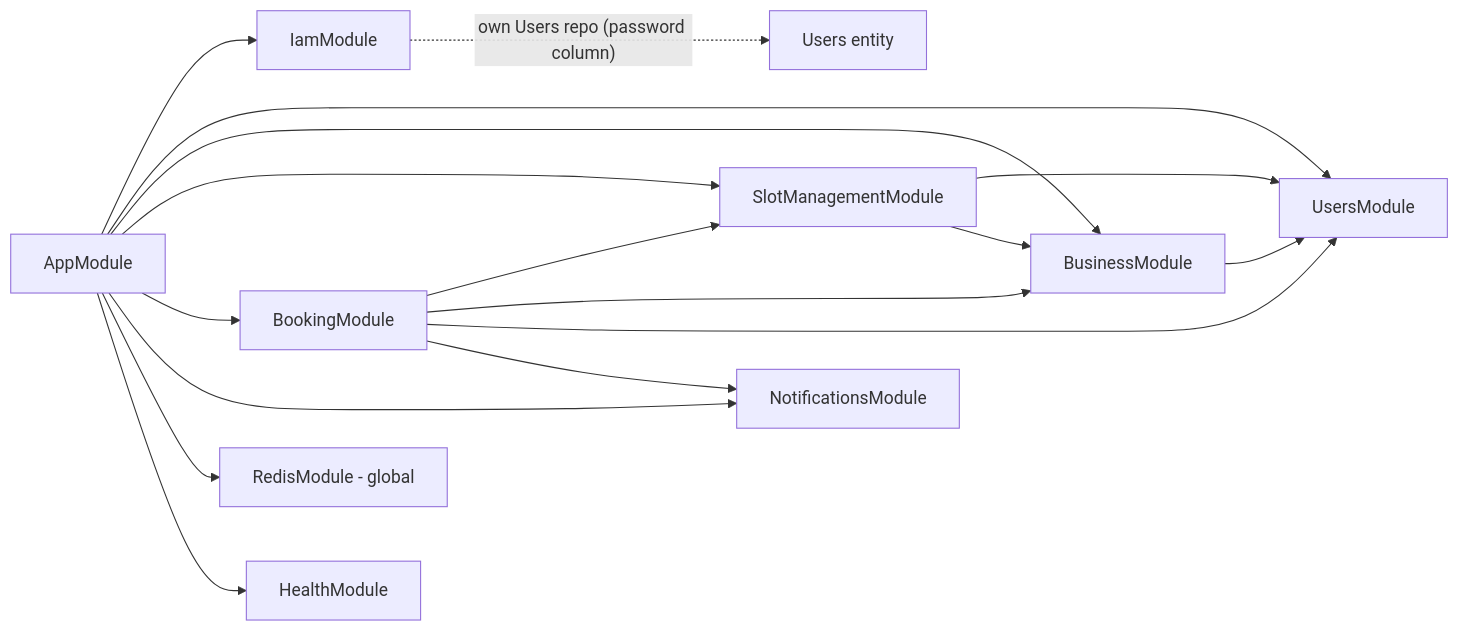
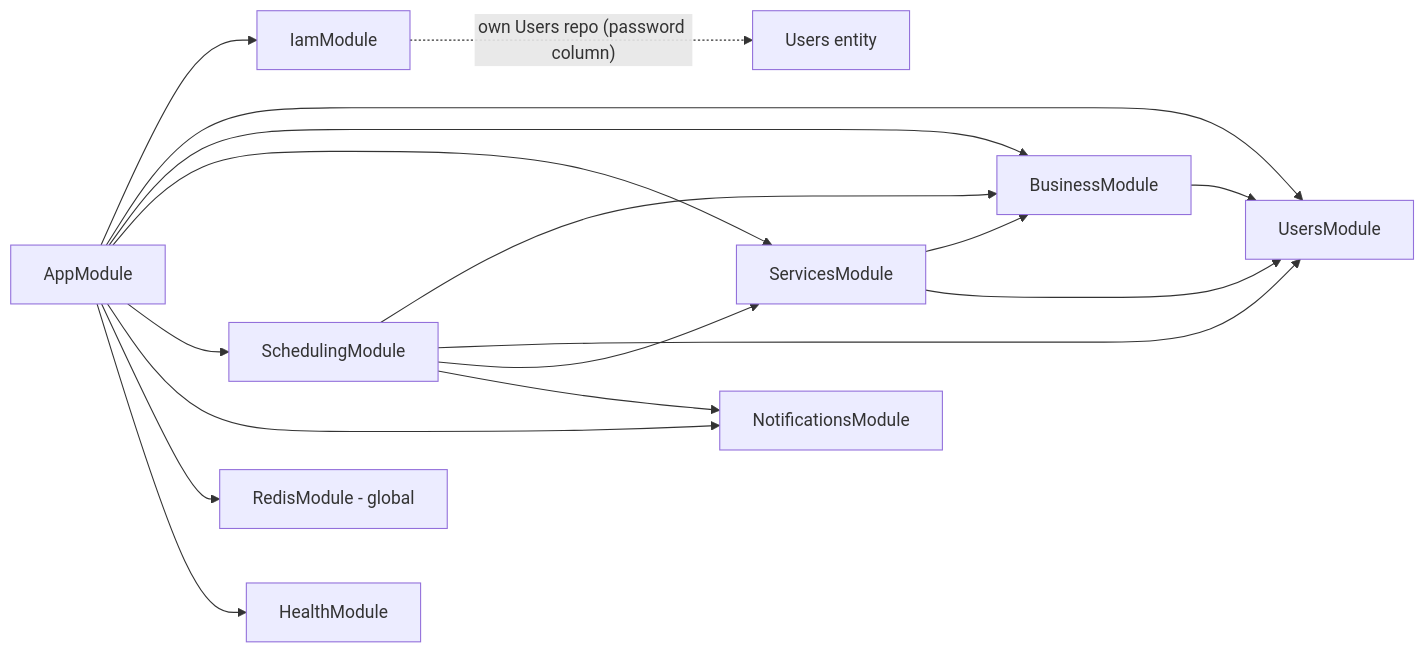
Before and after one commit to psytonik/smart-booking: the second of 4 diagrams in ARCHITECTURE.md, drawn with Mermaid. The commit also changed other lines of this file and 71 other files, not shown here.

First line of the commit message:
Services and flexible scheduling (M6)

````diff
--- a/ARCHITECTURE.md
+++ b/ARCHITECTURE.md
@@ -33,20 +34,20 @@
 ```mermaid
 graph LR
     App[AppModule] --> Iam[IamModule]
     App --> Users[UsersModule]
     App --> Business[BusinessModule]
-    App --> Slots[SlotManagementModule]
-    App --> Booking[BookingModule]
+    App --> Services[ServicesModule]
+    App --> Scheduling[SchedulingModule]
     App --> Notif[NotificationsModule]
     App --> Redis[RedisModule - global]
     App --> Health[HealthModule]
 
     Business --> Users
-    Slots --> Users
-    Slots --> Business
-    Booking --> Slots
-    Booking --> Business
-    Booking --> Users
-    Booking --> Notif
+    Services --> Business
+    Services --> Users
+    Scheduling --> Business
+    Scheduling --> Users
+    Scheduling --> Services
+    Scheduling --> Notif
     Iam -. "own Users repo (password column)" .-> UsersEntity[Users entity]
 ```
````
